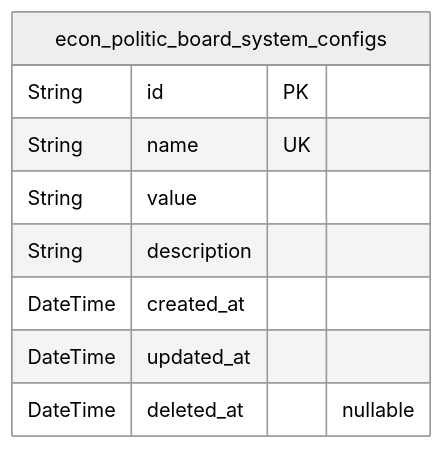
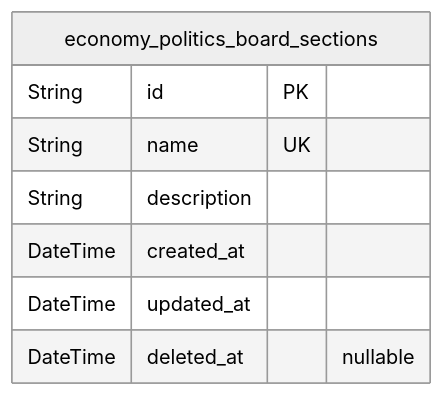
One commit to wrtnlabs/autobe-examples changed the third of 6 diagrams in qwen/qwen3-30b-a3b-thinking-2507/bbs/docs/ERD.md. Above: the diagram before and after it, drawn with Mermaid (neutral theme). The commit also changed other lines of this file and 11104 other files, not shown here.

````diff
--- a/qwen/qwen3-30b-a3b-thinking-2507/bbs/docs/ERD.md
+++ b/qwen/qwen3-30b-a3b-thinking-2507/bbs/docs/ERD.md
@@ -351,12 +491,11 @@
 ```mermaid
 erDiagram
-"econ_politic_board_system_configs" {
+"economy_politics_board_sections" {
   String id PK
   String name UK
-  String value
   String description
   DateTime created_at
   DateTime updated_at
   DateTime deleted_at "nullable"
 }
 ```
````
